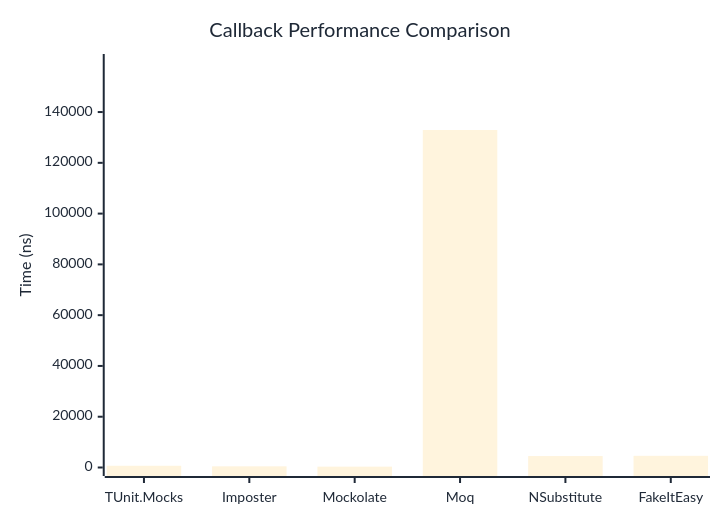
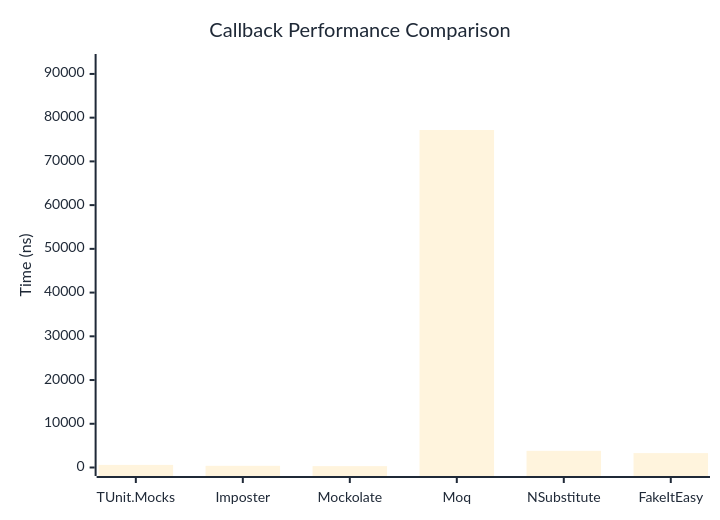
One commit to thomhurst/TUnit changed the first of 2 diagrams in docs/docs/benchmarks/mocks/Callback.md. Above: the diagram before and after it, drawn with Mermaid. The commit also changed other lines of this file and 14 other files, not shown here.

````diff
--- a/docs/docs/benchmarks/mocks/Callback.md
+++ b/docs/docs/benchmarks/mocks/Callback.md
@@ -30,27 +30,27 @@
 ```mermaid
 %%{init: {
   'theme':'base',
   'themeVariables': {
     'primaryColor': '#2563eb',
     'primaryTextColor': '#1f2937',
     'primaryBorderColor': '#1e40af',
     'lineColor': '#6b7280',
     'secondaryColor': '#7c3aed',
     'tertiaryColor': '#dc2626',
     'background': '#ffffff',
     'pie1': '#2563eb',
     'pie2': '#7c3aed',
     'pie3': '#dc2626',
     'pie4': '#f59e0b',
     'pie5': '#10b981',
     'pie6': '#06b6d4',
     'pie7': '#ec4899',
     'pie8': '#6366f1'
   }
 }}%%
 xychart-beta
   title "Callback Performance Comparison"
   x-axis ["TUnit.Mocks", "Imposter", "Mockolate", "Moq", "NSubstitute", "FakeItEasy"]
-  y-axis "Time (ns)" 0 --> 159516
-  bar [683.7, 458.5, 339.7, 132929.9, 4507.2, 4596.7]
+  y-axis "Time (ns)" 0 --> 92614
+  bar [593.3, 385.1, 310.2, 77177.9, 3810.9, 3293.1]
 ```
````
